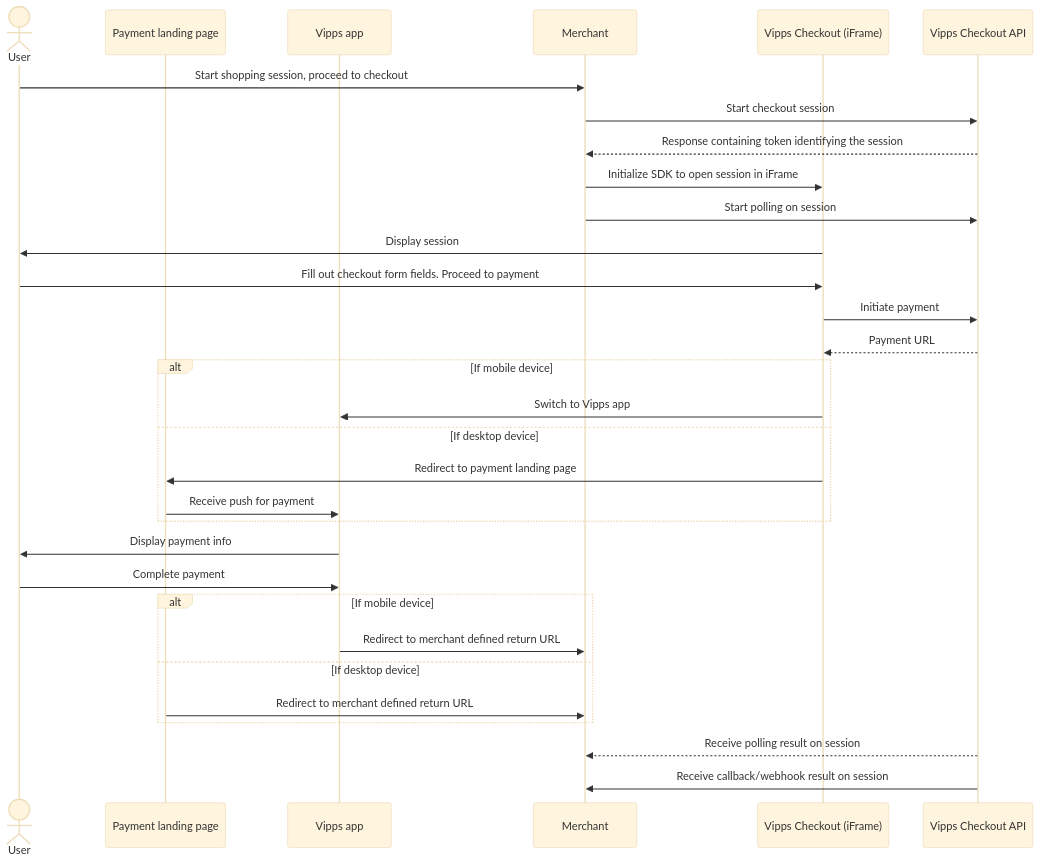
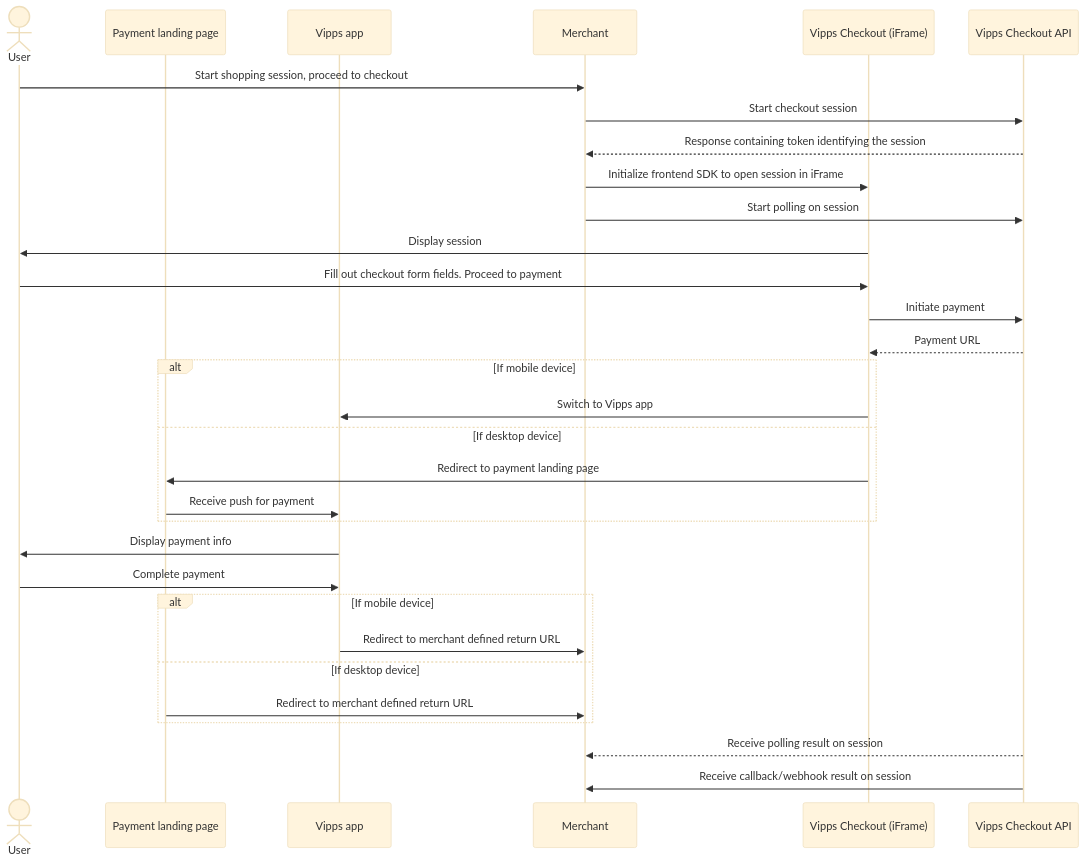
Before and after one commit to vippsas/vipps-checkout: the diagram in vipps-checkout-api.md, drawn with Mermaid (base theme). The commit also changed other lines of this file, not shown here.

Commit message:
Concretize name of frontend sdk as we now aditionally offer a node backend sdk

````diff
--- a/vipps-checkout-api.md
+++ b/vipps-checkout-api.md
@@ -134,37 +134,37 @@
 ```mermaid
 sequenceDiagram
   actor User
   participant LandingPage as Payment landing page
   participant App as Vipps app
   participant Merchant
   participant Frontend as Vipps Checkout (iFrame)
   participant API as Vipps Checkout API
 
   User->>Merchant: Start shopping session, proceed to checkout
   Merchant->>API: Start checkout session
   API-->>Merchant: Response containing token identifying the session
-  Merchant->>Frontend: Initialize SDK to open session in iFrame
+  Merchant->>Frontend: Initialize frontend SDK to open session in iFrame
   Merchant->>API: Start polling on session
   Frontend->>User: Display session
   User->>Frontend: Fill out checkout form fields. Proceed to payment
   Frontend->>API: Initiate payment
   API-->>Frontend: Payment URL
 
   alt If mobile device
     Frontend->>App: Switch to Vipps app
   else If desktop device
     Frontend->>LandingPage: Redirect to payment landing page
     LandingPage->>App: Receive push for payment
   end
   App->>User: Display payment info
   User->>App: Complete payment
 
   alt If mobile device
     App->>Merchant: Redirect to merchant defined return URL
   else If desktop device
     LandingPage->>Merchant: Redirect to merchant defined return URL
   end
 
   API-->>Merchant: Receive polling result on session
   API->>Merchant: Receive callback/webhook result on session
 ```
````
